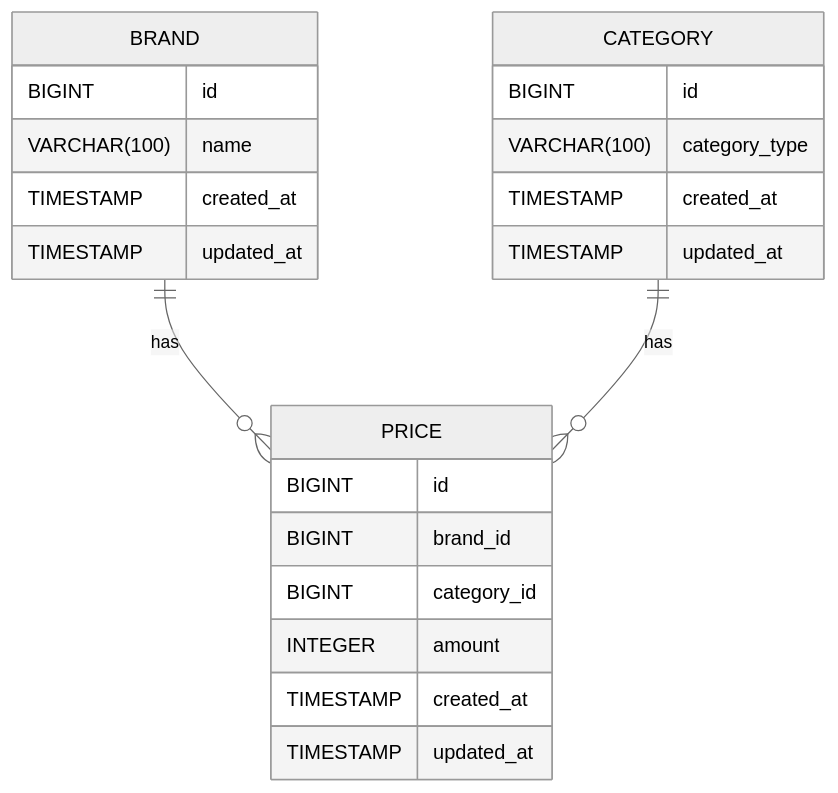
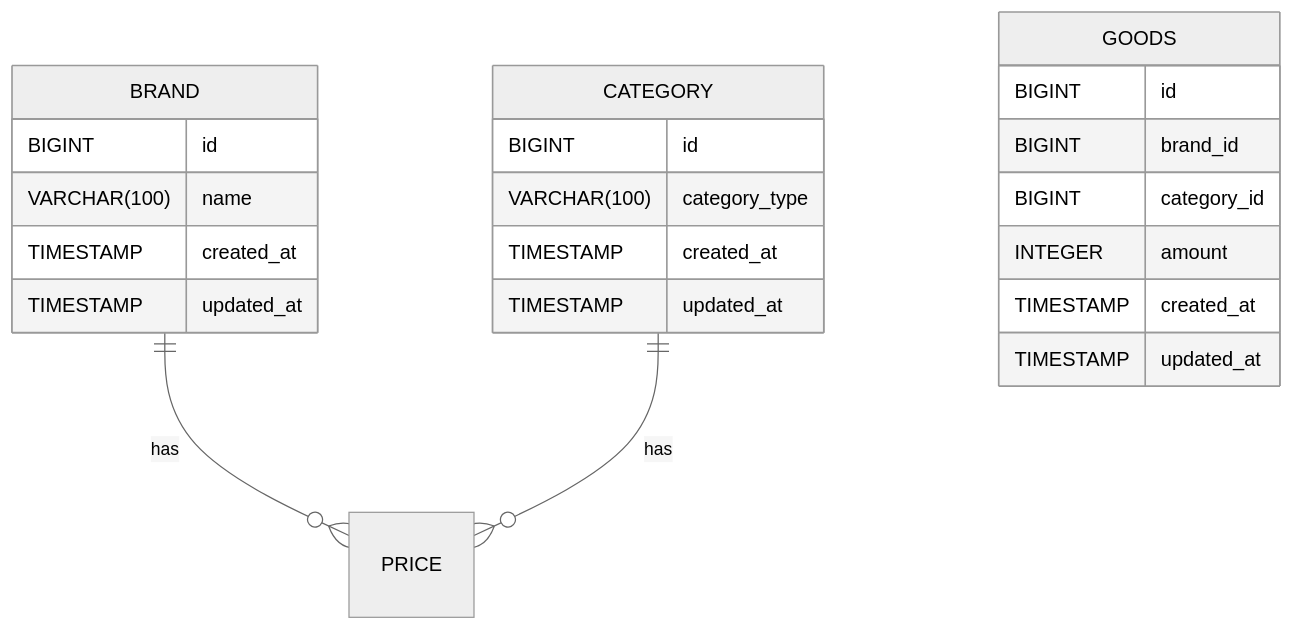
The diagram in README.md (kimho314/cloth_coordination), drawn with Mermaid (neutral theme) before and after one commit. The commit also changed other lines of this file, not shown here.

````diff
--- a/README.md
+++ b/README.md
@@ -111,25 +78,25 @@
 ```mermaid
 erDiagram
     BRAND ||--o{ PRICE : has
     CATEGORY ||--o{ PRICE : has
     BRAND {
         BIGINT id
         VARCHAR(100) name
         TIMESTAMP created_at
         TIMESTAMP updated_at
     }
-    PRICE{
+    GOODS{
         BIGINT id
         BIGINT brand_id
         BIGINT category_id
         INTEGER amount
         TIMESTAMP created_at
         TIMESTAMP updated_at
     }
     CATEGORY{
         BIGINT id
         VARCHAR(100) category_type
         TIMESTAMP created_at
         TIMESTAMP updated_at
     }
 ```
````
